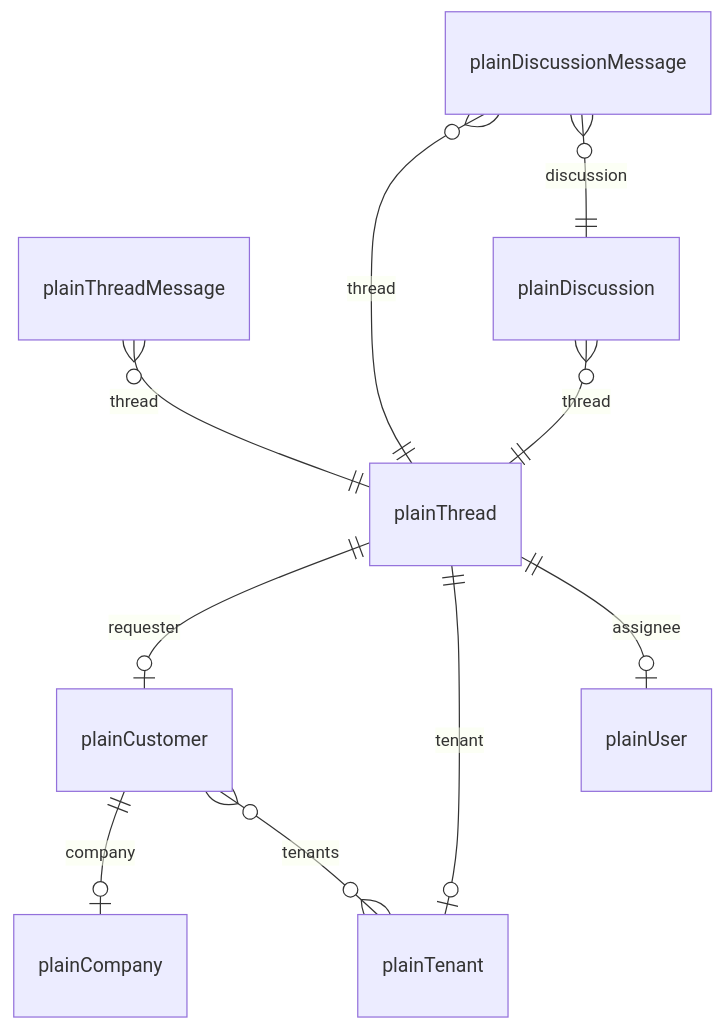
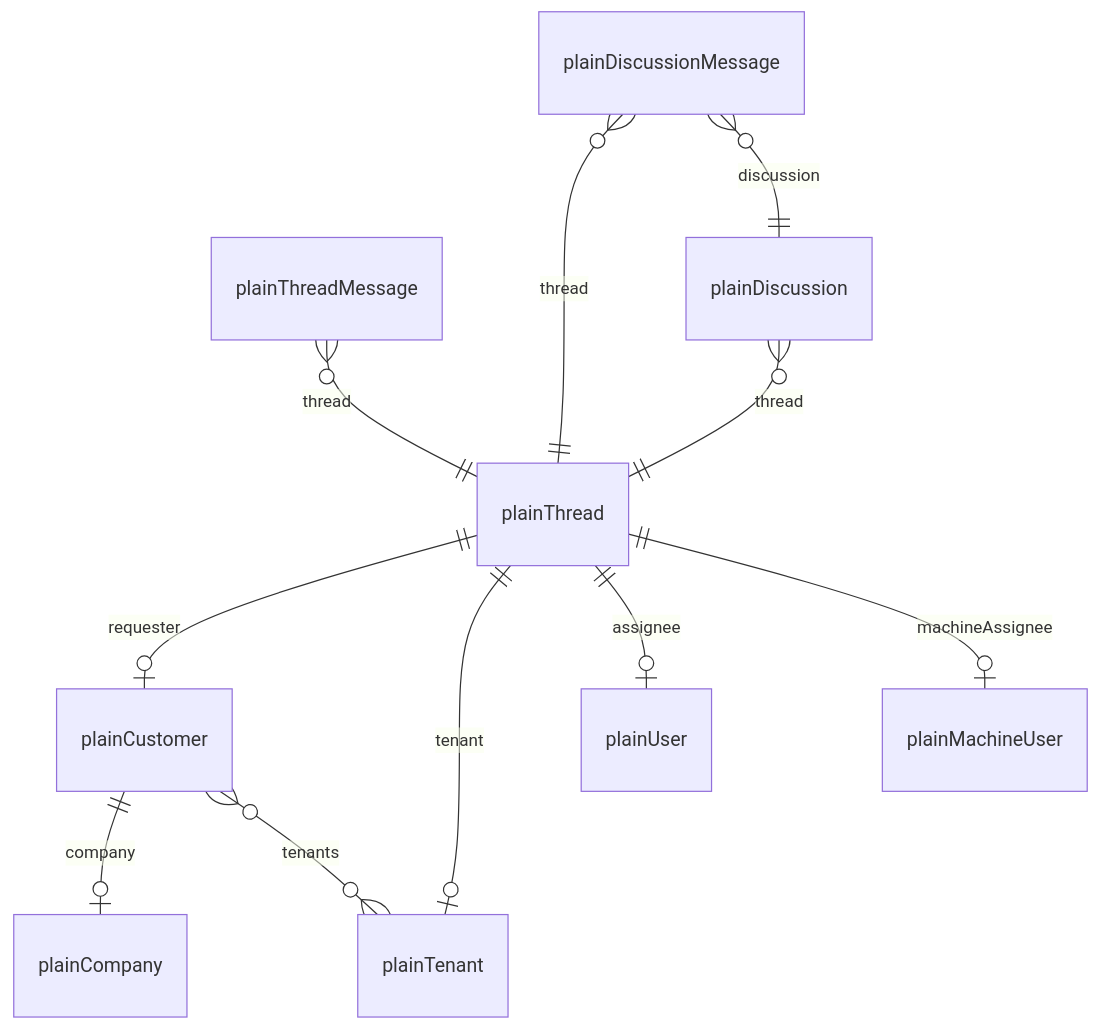
Before and after one commit to port-labs/ocean: the diagram in integrations/plain/IMPLEMENTATION_PLAN.md, drawn with Mermaid. The commit also changed other lines of this file and 21 other files, not shown here.

Commit message:
Add Plain machine-user kind with thread machineAssignee relation.

````diff
--- a/integrations/plain/IMPLEMENTATION_PLAN.md
+++ b/integrations/plain/IMPLEMENTATION_PLAN.md
@@ -94,12 +95,13 @@
 ```mermaid
 erDiagram
     plainThread ||--o| plainCustomer : requester
     plainThread ||--o| plainTenant : tenant
     plainThread ||--o| plainUser : assignee
+    plainThread ||--o| plainMachineUser : machineAssignee
     plainCustomer ||--o| plainCompany : company
     plainCustomer }o--o{ plainTenant : tenants
     plainThreadMessage }o--|| plainThread : thread
     plainDiscussion }o--|| plainThread : thread
     plainDiscussionMessage }o--|| plainThread : thread
     plainDiscussionMessage }o--|| plainDiscussion : discussion
 ```
````
